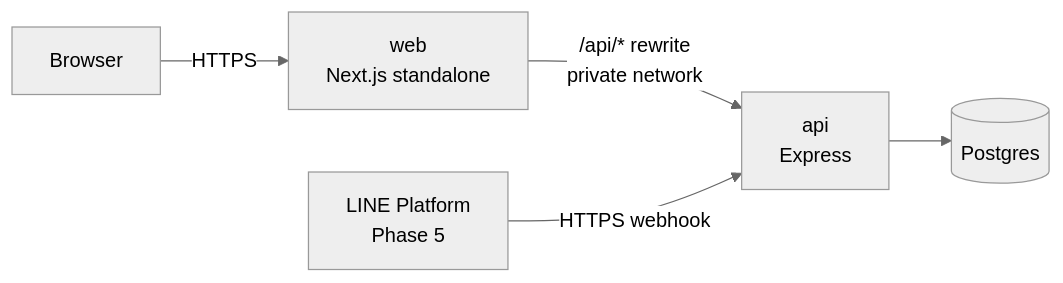
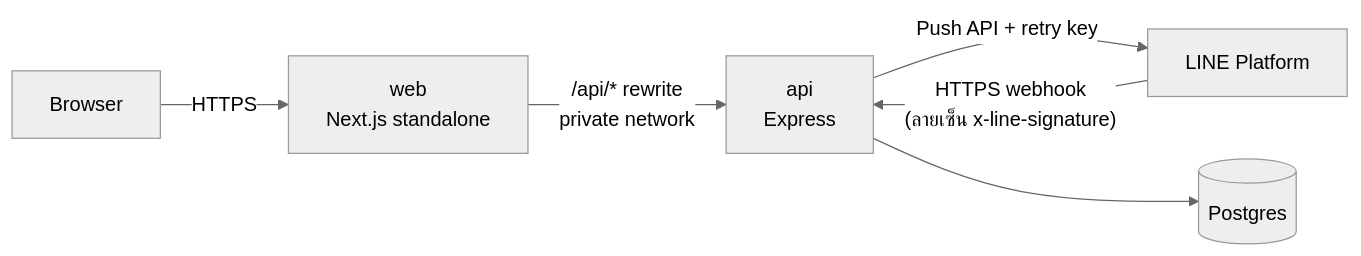
Before and after one commit to Werayootk/ai-crm: the diagram in docs/deploy-railway.md, drawn with Mermaid (neutral theme). The commit also changed other lines of this file and 44 other files, not shown here.

First line of the commit message:
Phase 5: LINE OA webhook, contact/lead mapping and outbound delivery

````diff
--- a/docs/deploy-railway.md
+++ b/docs/deploy-railway.md
@@ -8,7 +8,8 @@
 ```mermaid
 flowchart LR
   B[Browser] -- HTTPS --> W[web<br/>Next.js standalone]
   W -- "/api/* rewrite<br/>private network" --> A[api<br/>Express]
-  L[LINE Platform<br/>Phase 5] -- HTTPS webhook --> A
+  L[LINE Platform] -- "HTTPS webhook<br/>(ลายเซ็น x-line-signature)" --> A
+  A -- "Push API + retry key" --> L
   A --> P[(Postgres)]
 ```
````
